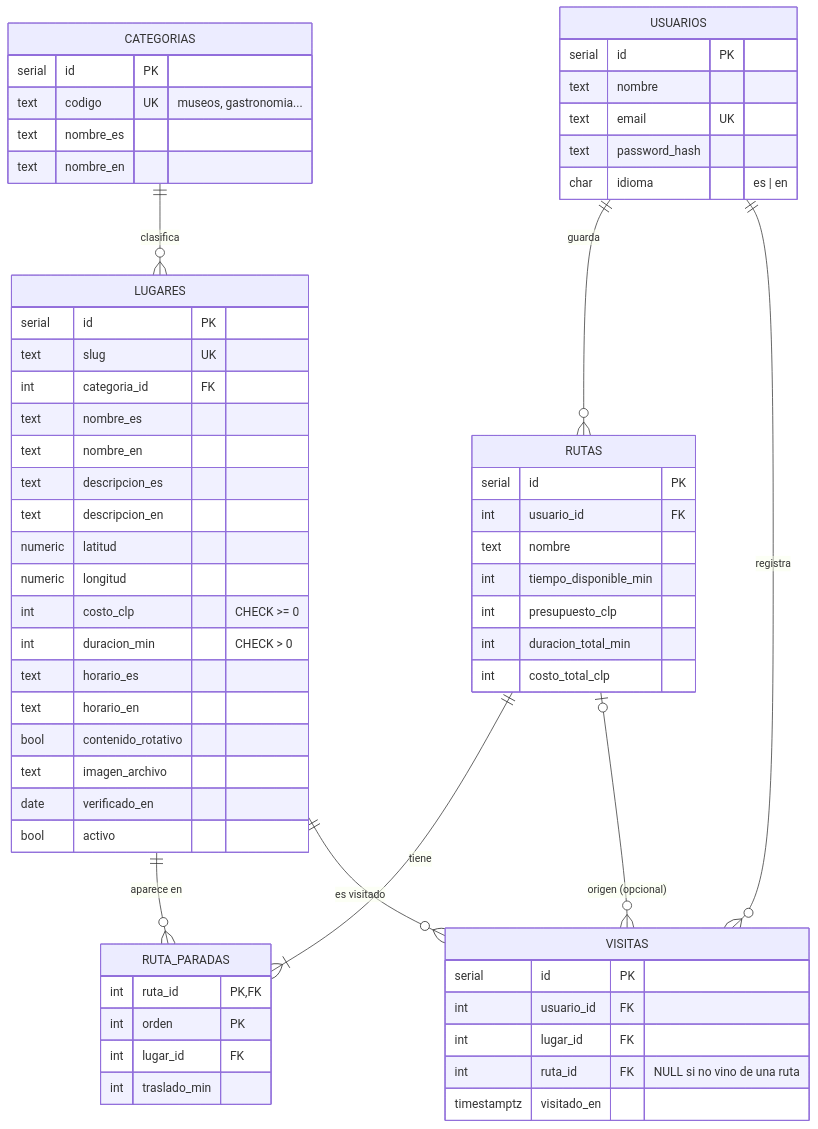
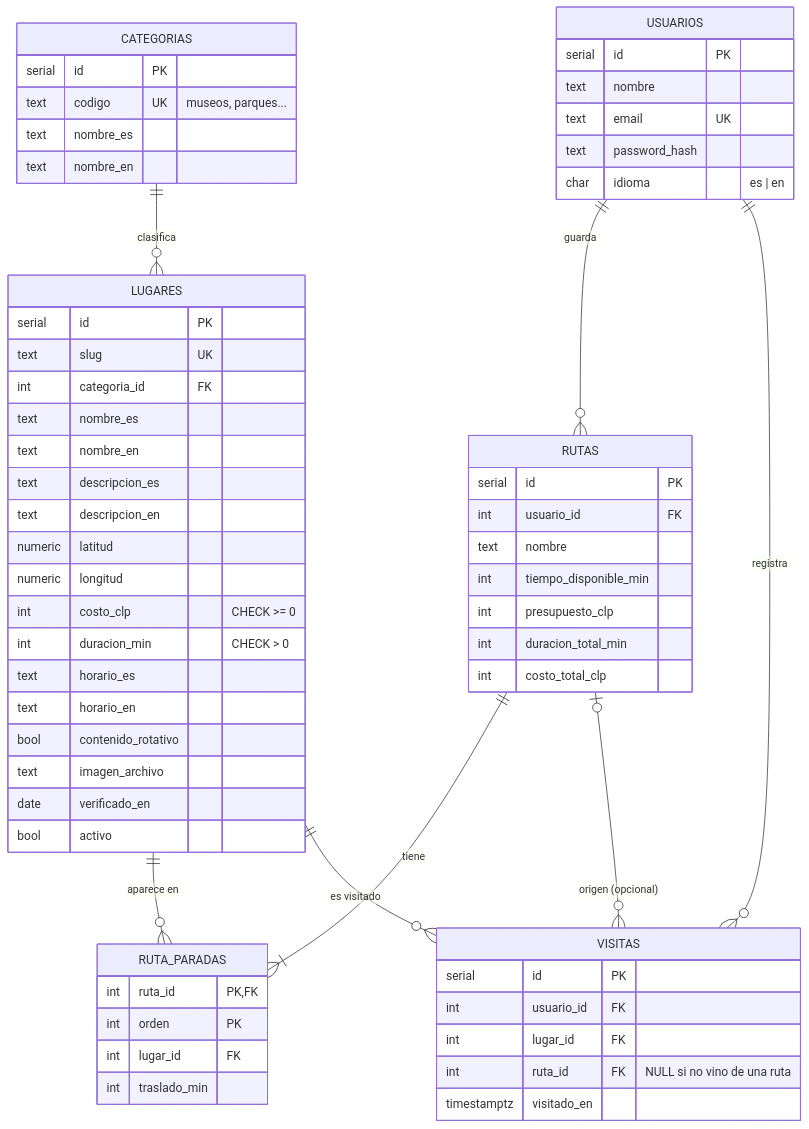
One commit to Sxnr/Rutia changed the diagram in db/modelo-datos.md. Above: the diagram before and after it, drawn with Mermaid. The commit also changed other lines of this file and 5 other files, not shown here.

````diff
--- a/db/modelo-datos.md
+++ b/db/modelo-datos.md
@@ -5,65 +5,65 @@
 ```mermaid
 erDiagram
     CATEGORIAS ||--o{ LUGARES : "clasifica"
     USUARIOS ||--o{ RUTAS : "guarda"
     RUTAS ||--|{ RUTA_PARADAS : "tiene"
     LUGARES ||--o{ RUTA_PARADAS : "aparece en"
     USUARIOS ||--o{ VISITAS : "registra"
     LUGARES ||--o{ VISITAS : "es visitado"
     RUTAS |o--o{ VISITAS : "origen (opcional)"
 
     CATEGORIAS {
         serial id PK
-        text codigo UK "museos, gastronomia..."
+        text codigo UK "museos, parques..."
         text nombre_es
         text nombre_en
     }
     LUGARES {
         serial id PK
         text slug UK
         int categoria_id FK
         text nombre_es
         text nombre_en
         text descripcion_es
         text descripcion_en
         numeric latitud
         numeric longitud
         int costo_clp "CHECK >= 0"
         int duracion_min "CHECK > 0"
         text horario_es
         text horario_en
         bool contenido_rotativo
         text imagen_archivo
         date verificado_en
         bool activo
     }
     USUARIOS {
         serial id PK
         text nombre
         text email UK
         text password_hash
         char idioma "es | en"
     }
     RUTAS {
         serial id PK
         int usuario_id FK
         text nombre
         int tiempo_disponible_min
         int presupuesto_clp
         int duracion_total_min
         int costo_total_clp
     }
     RUTA_PARADAS {
         int ruta_id PK, FK
         int orden PK
         int lugar_id FK
         int traslado_min
     }
     VISITAS {
         serial id PK
         int usuario_id FK
         int lugar_id FK
         int ruta_id FK "NULL si no vino de una ruta"
         timestamptz visitado_en
     }
 ```
````
